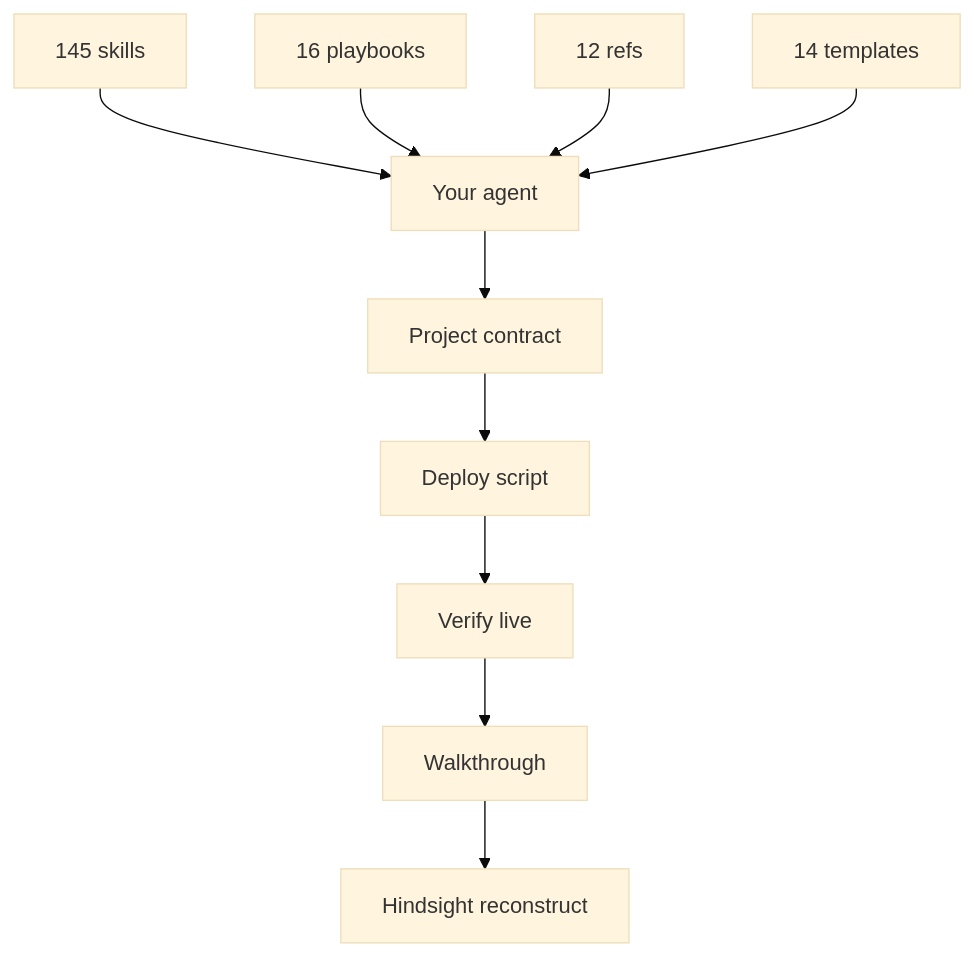
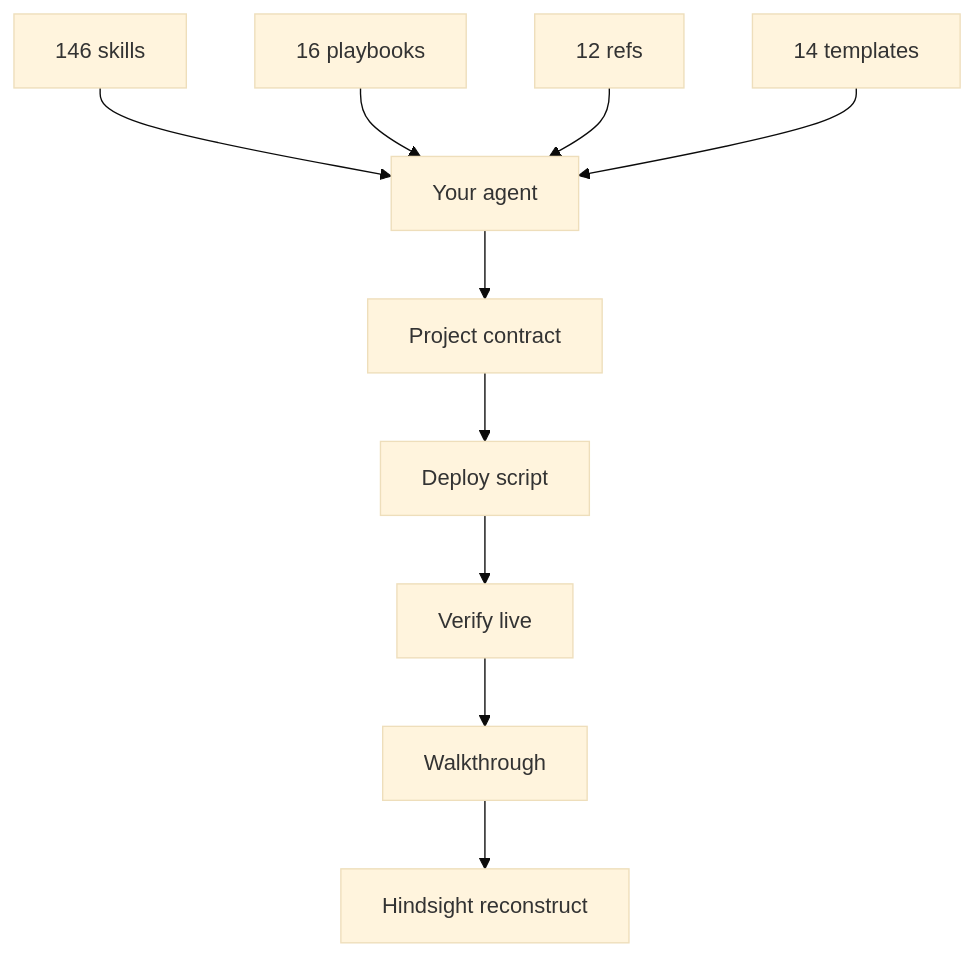
The third of 3 diagrams in README.md (Nonarkara/dr-non-vibecoding-skills), drawn with Mermaid (base theme) before and after one commit. The commit also changed other lines of this file and 5 other files, not shown here.

````diff
--- a/README.md
+++ b/README.md
@@ -420,12 +420,12 @@
 ```mermaid
 flowchart TB
-  S["145 skills"] --> A["Your agent"]
+  S["146 skills"] --> A["Your agent"]
   P["16 playbooks"] --> A
   R["12 refs"] --> A
   T["14 templates"] --> A
   A --> W["Project contract"]
   W --> D["Deploy script"]
   D --> V["Verify live"]
   V --> H["Walkthrough"]
   H --> L["Hindsight reconstruct"]
 ```
````
